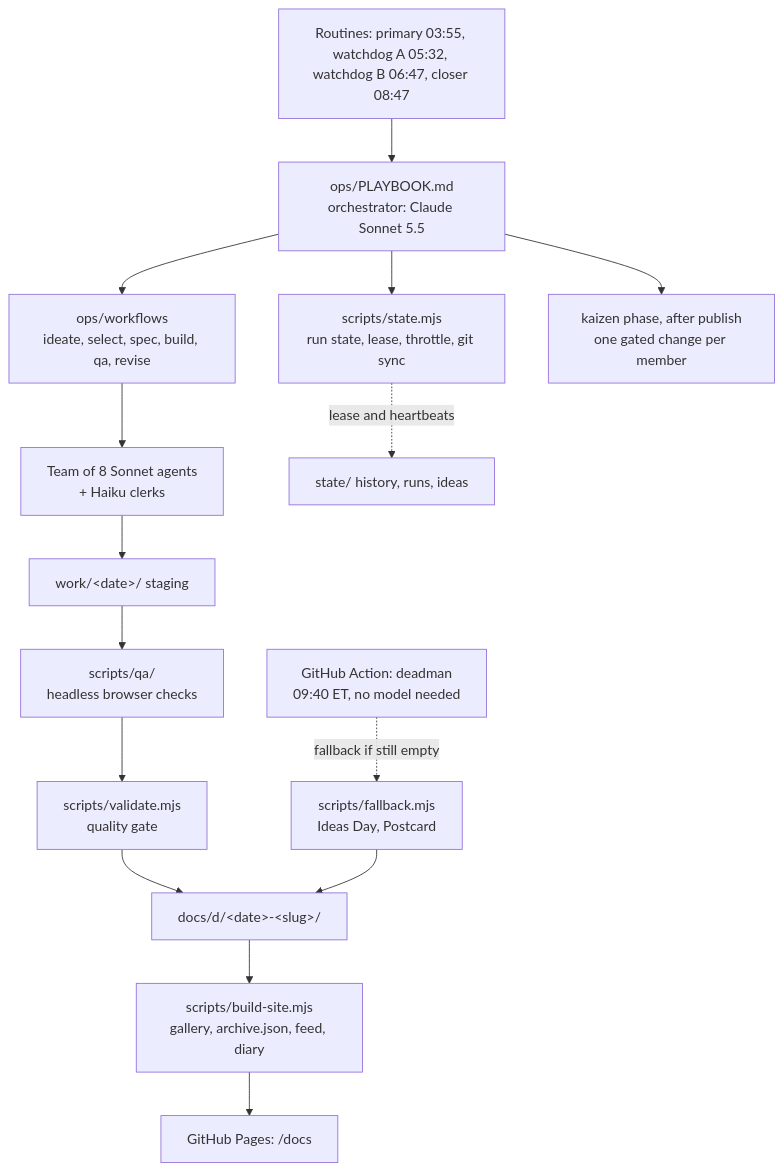
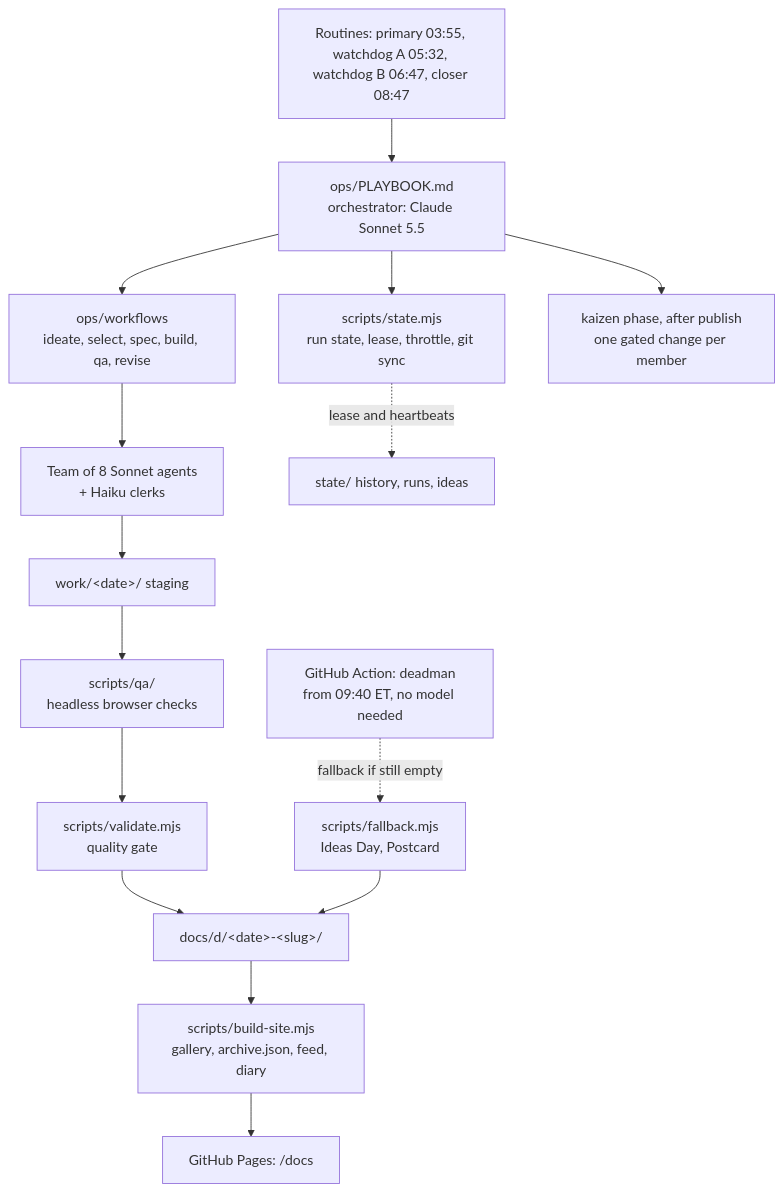
One commit to ph05/sonnet-every-day changed the diagram in README.md. Above: the diagram before and after it, drawn with Mermaid. The commit also changed other lines of this file and 14 other files, not shown here.

````diff
--- a/README.md
+++ b/README.md
@@ -101,17 +103,17 @@
 ```mermaid
 flowchart TD
     R["Routines: primary 03:55, watchdog A 05:32, watchdog B 06:47, closer 08:47"] --> P["ops/PLAYBOOK.md<br/>orchestrator: Claude Sonnet 5.5"]
     P --> S["scripts/state.mjs<br/>run state, lease, throttle, git sync"]
     P --> W["ops/workflows<br/>ideate, select, spec, build, qa, revise"]
     W --> T["Team of 8 Sonnet agents<br/>+ Haiku clerks"]
     T --> K["work/&lt;date&gt;/ staging"]
     K --> Q["scripts/qa/<br/>headless browser checks"]
     Q --> V["scripts/validate.mjs<br/>quality gate"]
     V --> D["docs/d/&lt;date&gt;-&lt;slug&gt;/"]
     D --> B["scripts/build-site.mjs<br/>gallery, archive.json, feed, diary"]
     B --> G["GitHub Pages: /docs"]
     P --> Z["kaizen phase, after publish<br/>one gated change per member"]
     S -.->|"lease and heartbeats"| H["state/ history, runs, ideas"]
-    X["GitHub Action: deadman<br/>09:40 ET, no model needed"] -.->|"fallback if still empty"| F["scripts/fallback.mjs<br/>Ideas Day, Postcard"]
+    X["GitHub Action: deadman<br/>from 09:40 ET, no model needed"] -.->|"fallback if still empty"| F["scripts/fallback.mjs<br/>Ideas Day, Postcard"]
     F --> D
 ```
````
